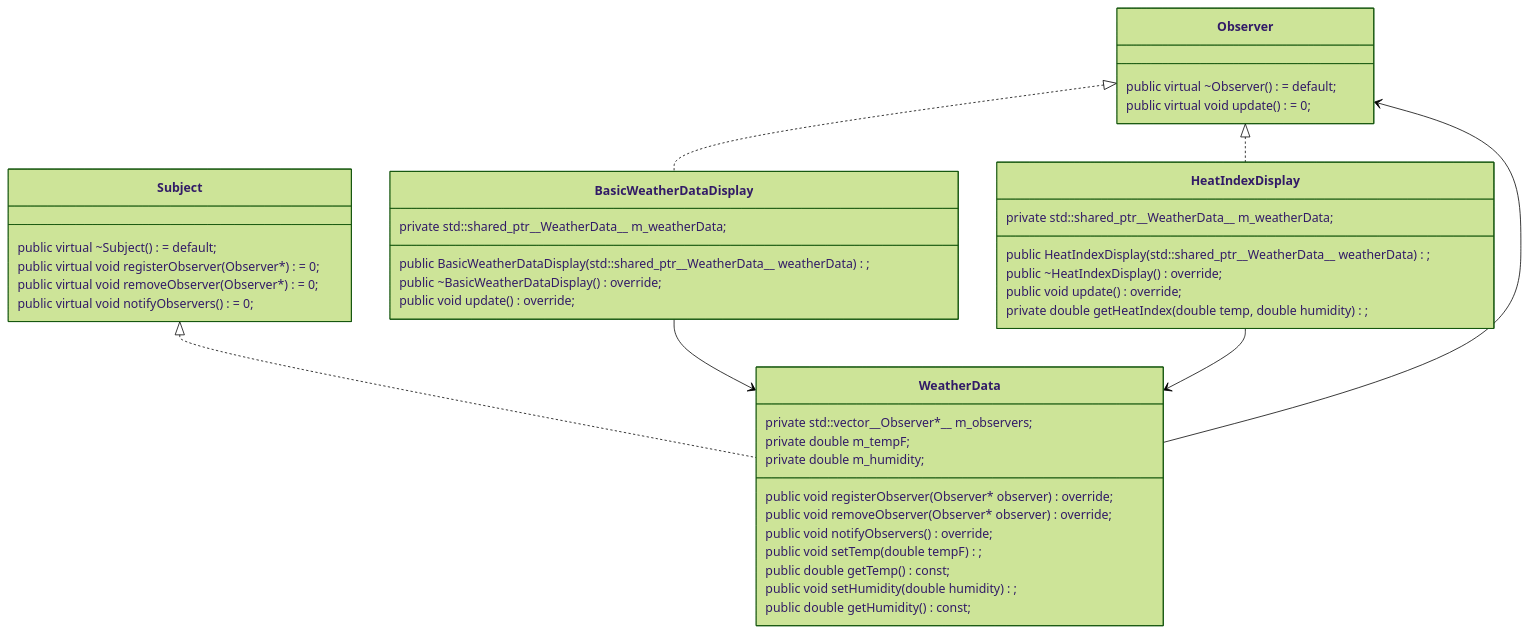
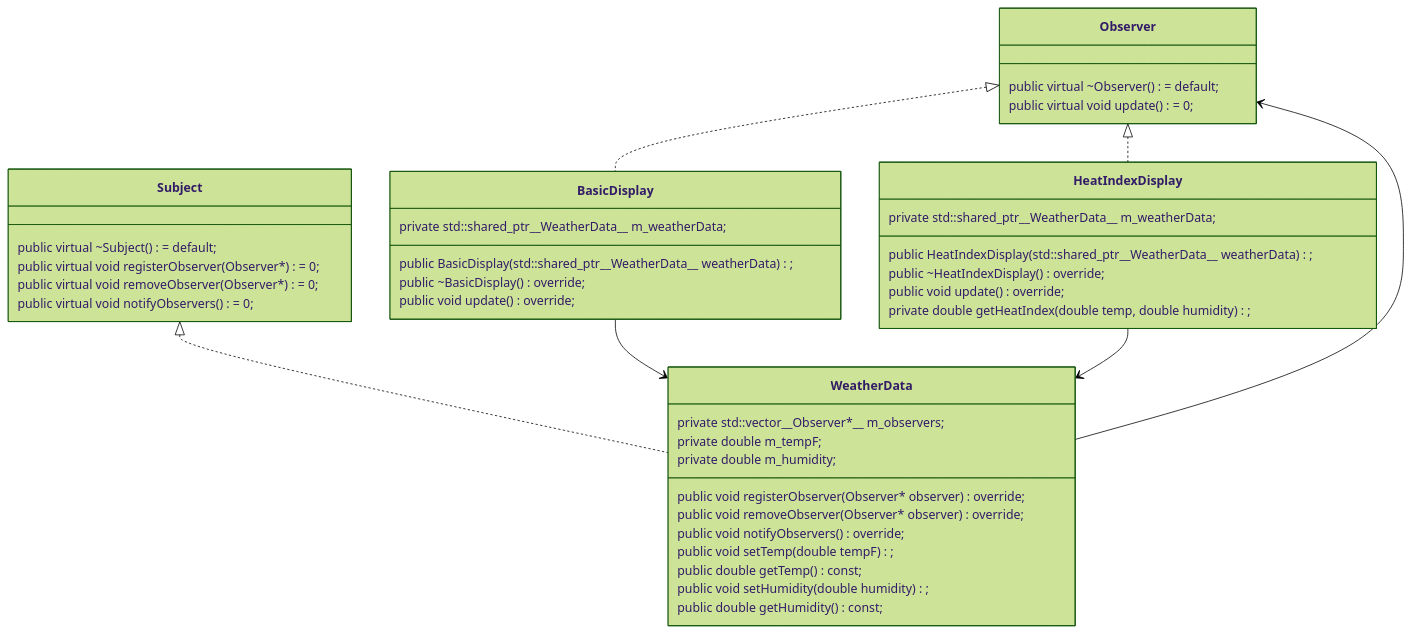
One commit to rngoodner/design-patterns changed the second of 5 diagrams in README.md. Above: the diagram before and after it, drawn with Mermaid (forest theme). The commit also changed other lines of this file and 4 other files, not shown here.

````diff
--- a/README.md
+++ b/README.md
@@ -59,53 +59,53 @@
 ```mermaid
 classDiagram
 
 class Observer {
     public virtual ~Observer() = default;
     public virtual void update() = 0;
 }
 
 class Subject {
     public virtual ~Subject() = default;
     public virtual void registerObserver(Observer*) = 0;
     public virtual void removeObserver(Observer*) = 0;
     public virtual void notifyObservers() = 0;
 }
 
 class WeatherData {
     public void registerObserver(Observer* observer) override;
     public void removeObserver(Observer* observer) override;
     public void notifyObservers() override;
     public void setTemp(double tempF);
     public double getTemp() const;
     public void setHumidity(double humidity);
     public double getHumidity() const;
 
     private std::vector__Observer*__ m_observers;
     private double m_tempF;
     private double m_humidity;
 }
 
-class BasicWeatherDataDisplay {
-    public BasicWeatherDataDisplay(std::shared_ptr__WeatherData__ weatherData);
-    public ~BasicWeatherDataDisplay() override;
+class BasicDisplay {
+    public BasicDisplay(std::shared_ptr__WeatherData__ weatherData);
+    public ~BasicDisplay() override;
     public void update() override;
 
     private std::shared_ptr__WeatherData__ m_weatherData;
 }
 
 class HeatIndexDisplay {
     public HeatIndexDisplay(std::shared_ptr__WeatherData__ weatherData);
     public ~HeatIndexDisplay() override;
     public void update() override;
 
     private std::shared_ptr__WeatherData__ m_weatherData;
     private double getHeatIndex(double temp, double humidity);
 }
 
 Subject <|.. WeatherData
-Observer <|.. BasicWeatherDataDisplay
+Observer <|.. BasicDisplay
 Observer <|.. HeatIndexDisplay
 WeatherData --> Observer
-BasicWeatherDataDisplay --> WeatherData
+BasicDisplay --> WeatherData
 HeatIndexDisplay --> WeatherData
 ```
````
